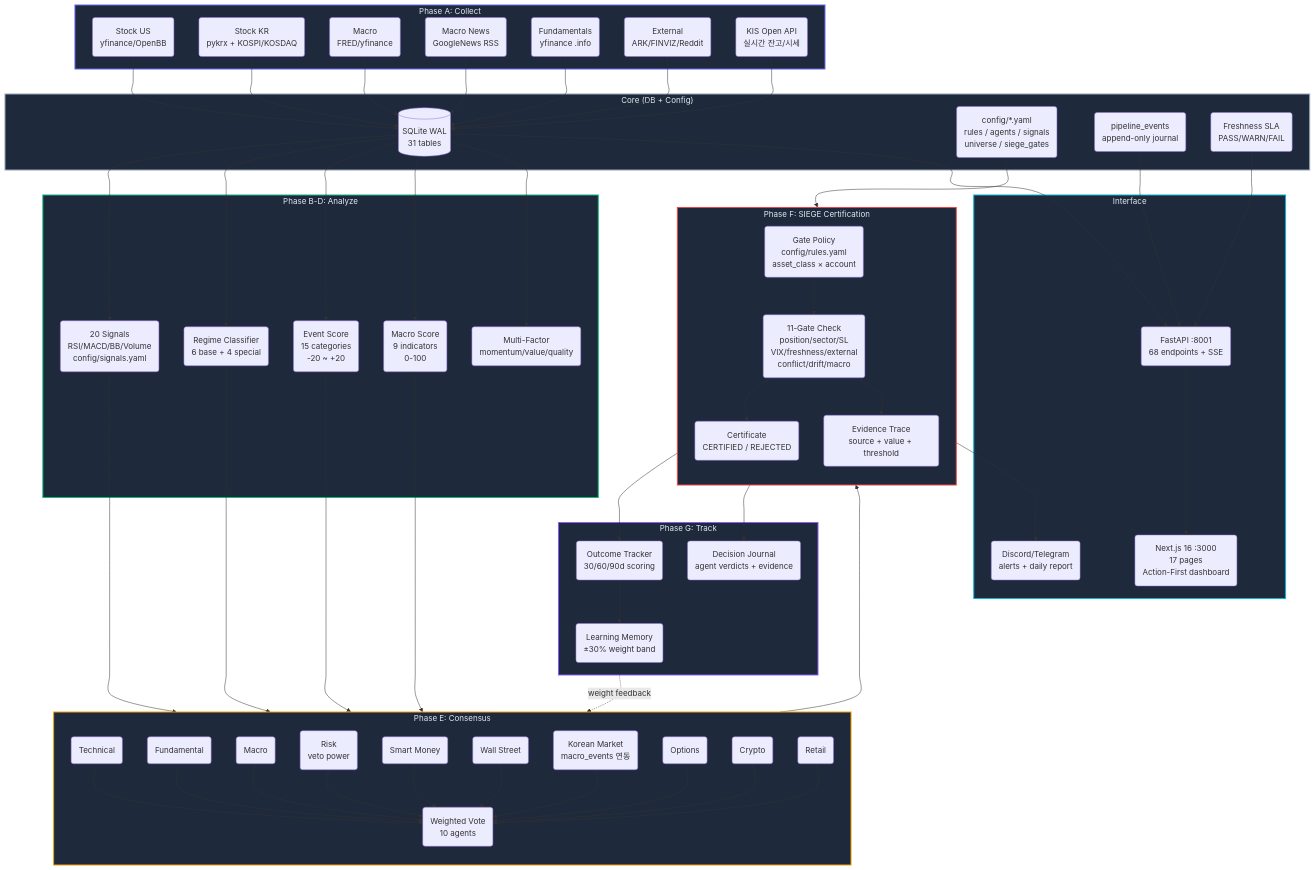
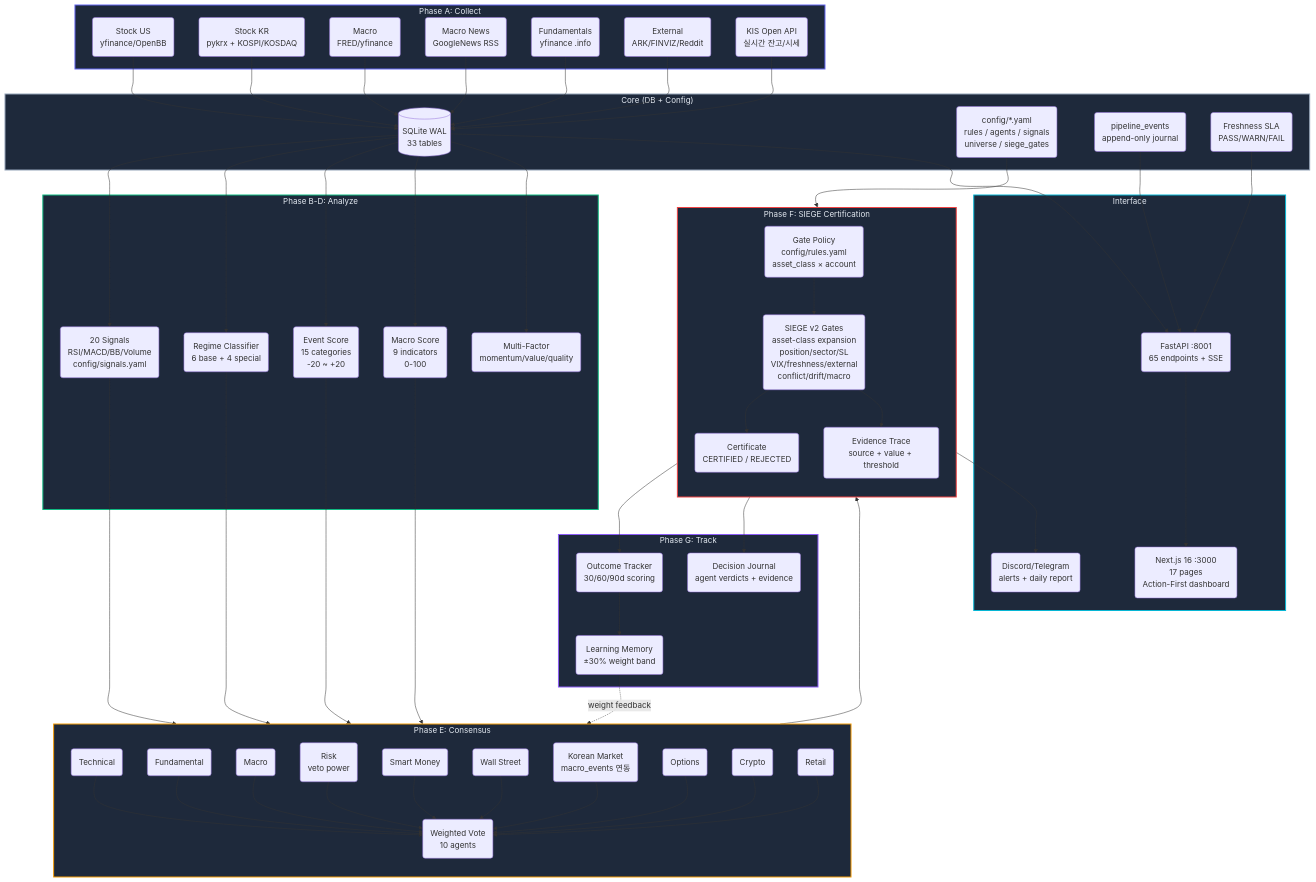
The diagram in README.md (researcherhojin/nuri-quant), drawn with Mermaid before and after one commit. The commit also changed other lines of this file and 6 other files, not shown here.

First line of the commit message:
docs: sync count drift to reality and adopt gstack 7-phase Flow

```diff
--- a/README.md
+++ b/README.md
@@ -31,7 +31,7 @@
   end
 
   subgraph Core["Core (DB + Config)"]
-    DB[("SQLite WAL\n31 tables")]
+    DB[("SQLite WAL\n33 tables")]
     Config("config/*.yaml\nrules / agents / signals\nuniverse / siege_gates")
     Events("pipeline_events\nappend-only journal")
     Freshness("Freshness SLA\nPASS/WARN/FAIL")
@@ -63,7 +63,7 @@
   subgraph SIEGE["Phase F: SIEGE Certification"]
     direction TB
     GatePolicy("Gate Policy\nconfig/rules.yaml\nasset_class × account")
-    Gate11("11-Gate Check\nposition/sector/SL\nVIX/freshness/external\nconflict/drift/macro")
+    Gates("SIEGE v2 Gates\nasset-class expansion\nposition/sector/SL\nVIX/freshness/external\nconflict/drift/macro")
     Cert("Certificate\nCERTIFIED / REJECTED")
     Evidence("Evidence Trace\nsource + value + threshold")
   end
@@ -75,7 +75,7 @@
   end
 
   subgraph Serve["Interface"]
-    API("FastAPI :8001\n68 endpoints + SSE")
+    API("FastAPI :8001\n65 endpoints + SSE")
     Dashboard("Next.js 16 :3000\n17 pages\nAction-First dashboard")
     Discord("Discord/Telegram\nalerts + daily report")
   end
@@ -113,10 +113,10 @@
   Retail --> ConsEngine
 
   %% Consensus → SIEGE
-  ConsEngine --> Gate11
-  Config --> GatePolicy --> Gate11
-  Gate11 --> Cert
-  Gate11 --> Evidence
+  ConsEngine --> Gates
+  Config --> GatePolicy --> Gates
+  Gates --> Cert
+  Gates --> Evidence
 
   %% SIEGE → Track
   Cert --> Tracker
```
